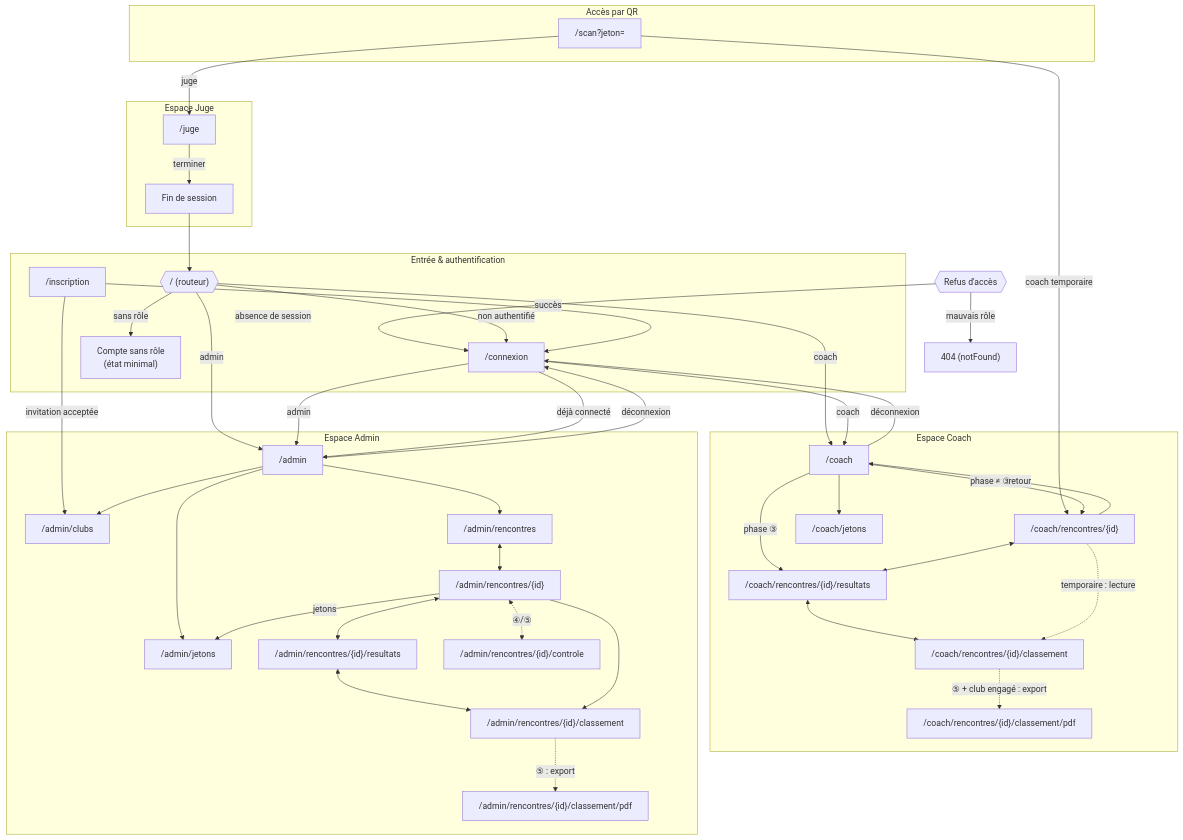
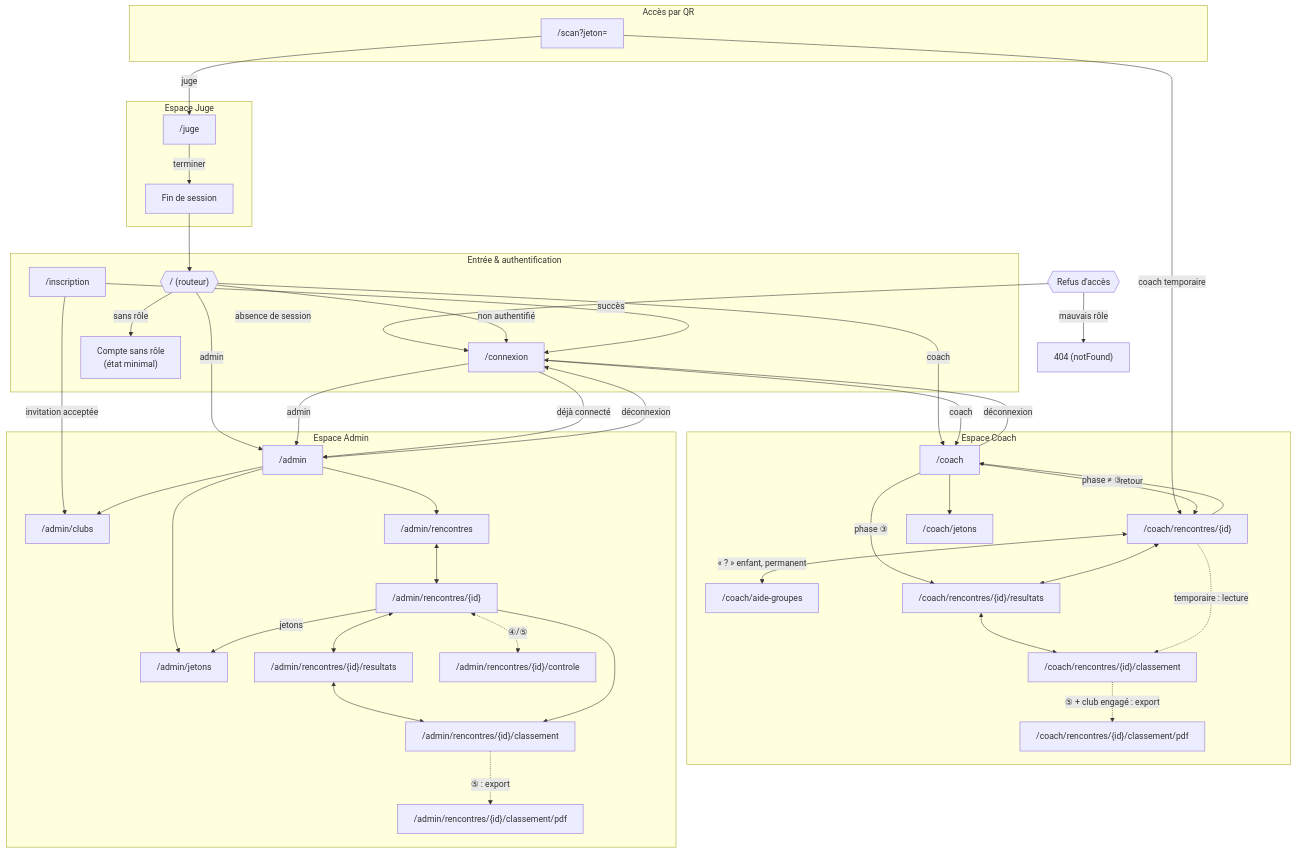
One commit to julleroyfr/interclub changed the diagram in docs/specs/12-navigation-et-routing.md. Above: the diagram before and after it, drawn with Mermaid. The commit also changed other lines of this file and 8 other files, not shown here.

First line of the commit message:
feat(coach): aide au choix du groupe de départ (tableau CT33)

````diff
--- a/docs/specs/12-navigation-et-routing.md
+++ b/docs/specs/12-navigation-et-routing.md
@@ -252,74 +256,76 @@
 ```mermaid
 flowchart TD
     subgraph AUTH["Entrée & authentification"]
         ACCUEIL{{"/ (routeur)"}}
         CONNEXION["/connexion"]
         INSCRIPTION["/inscription"]
         SANSROLE["Compte sans rôle<br/>(état minimal)"]
     end
 
     GARDE{{"Refus d'accès"}}
     GARDE -->|absence de session| CONNEXION
     GARDE -->|mauvais rôle| X404["404 (notFound)"]
 
     ACCUEIL -->|non authentifié| CONNEXION
     ACCUEIL -->|admin| ADMIN
     ACCUEIL -->|coach| COACH
     ACCUEIL -->|sans rôle| SANSROLE
     INSCRIPTION -->|succès| CONNEXION
     INSCRIPTION -->|invitation acceptée| A_CLUBS
     CONNEXION -->|admin| ADMIN
     CONNEXION -->|coach| COACH
     CONNEXION -->|déjà connecté| ADMIN
 
     subgraph QR["Accès par QR"]
         SCAN["/scan?jeton="]
     end
     SCAN -->|coach temporaire| COACH_RDV
     SCAN -->|juge| JUGE
 
     subgraph ESPACE_COACH["Espace Coach"]
         COACH["/coach"]
         COACH_JETONS["/coach/jetons"]
+        COACH_AIDE["/coach/aide-groupes"]
         COACH_RDV["/coach/rencontres/{id}"]
         COACH_RES["/coach/rencontres/{id}/resultats"]
         COACH_CLST["/coach/rencontres/{id}/classement"]
         COACH_PDF["/coach/rencontres/{id}/classement/pdf"]
     end
     COACH --> COACH_JETONS
     COACH -->|déconnexion| CONNEXION
     ADMIN -->|déconnexion| CONNEXION
     COACH -->|phase ≠ ③| COACH_RDV
     COACH -->|phase ③| COACH_RES
     COACH_RDV <--> COACH_RES
     COACH_RES <--> COACH_CLST
     COACH_RDV -->|retour| COACH
+    COACH_RDV <-->|« ? » enfant, permanent| COACH_AIDE
     COACH_RDV -.temporaire : lecture.-> COACH_CLST
     COACH_CLST -.⑤ + club engagé : export.-> COACH_PDF
 
     subgraph ESPACE_JUGE["Espace Juge"]
         JUGE["/juge"]
         JUGE_FIN["Fin de session"]
     end
     JUGE -->|terminer| JUGE_FIN --> ACCUEIL
 
     subgraph ESPACE_ADMIN["Espace Admin"]
         ADMIN["/admin"]
         A_CLUBS["/admin/clubs"]
         A_JETONS["/admin/jetons"]
         A_RDVS["/admin/rencontres"]
         A_RDV["/admin/rencontres/{id}"]
         A_RES["/admin/rencontres/{id}/resultats"]
         A_CLST["/admin/rencontres/{id}/classement"]
         A_PDF["/admin/rencontres/{id}/classement/pdf"]
         A_CTRL["/admin/rencontres/{id}/controle"]
     end
     ADMIN --> A_CLUBS & A_JETONS & A_RDVS
     A_RDVS <--> A_RDV
     A_RDV <--> A_RES
     A_RDV -->|jetons| A_JETONS
     A_RES <--> A_CLST
     A_RDV --> A_CLST
     A_CLST -.⑤ : export.-> A_PDF
     A_RDV <-.④/⑤.-> A_CTRL
 ```
````
